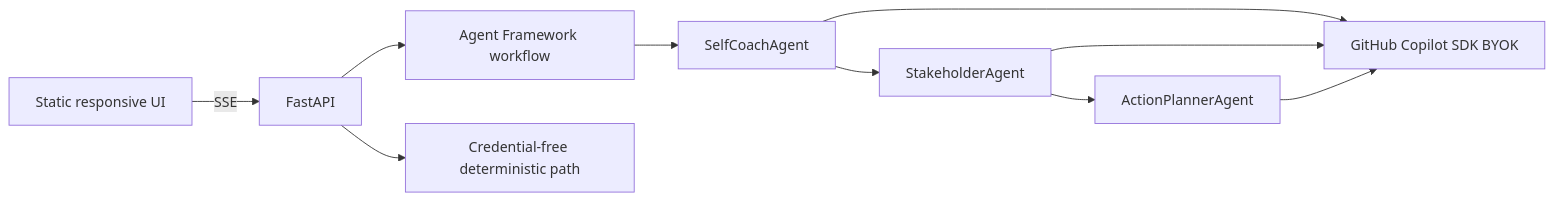
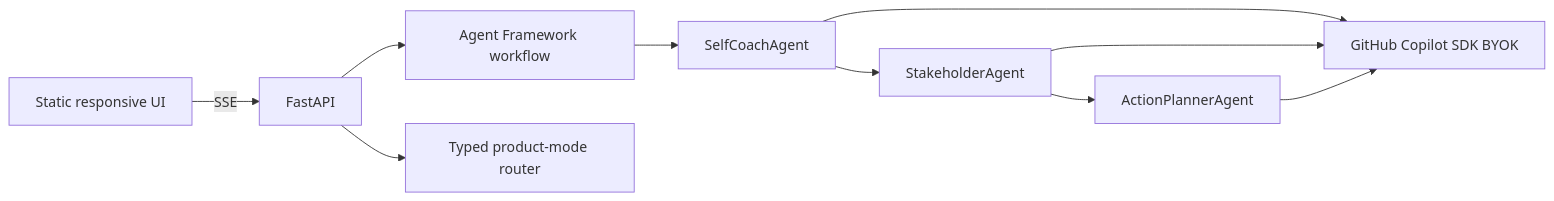
Before and after one commit to sykim-vlsi/meeting_MVP: the diagram in README.md, drawn with Mermaid. The commit also changed other lines of this file and 18 other files, not shown here.

````diff
--- a/README.md
+++ b/README.md
@@ -19,8 +19,8 @@
 ```mermaid
 flowchart LR
   UI[Static responsive UI] -->|SSE| API[FastAPI]
   API --> MAF[Agent Framework workflow]
   MAF --> A[SelfCoachAgent] --> B[StakeholderAgent] --> C[ActionPlannerAgent]
   A & B & C --> SDK[GitHub Copilot SDK BYOK]
-  API --> Demo[Credential-free deterministic path]
+  API --> Router[Typed product-mode router]
 ```
````
